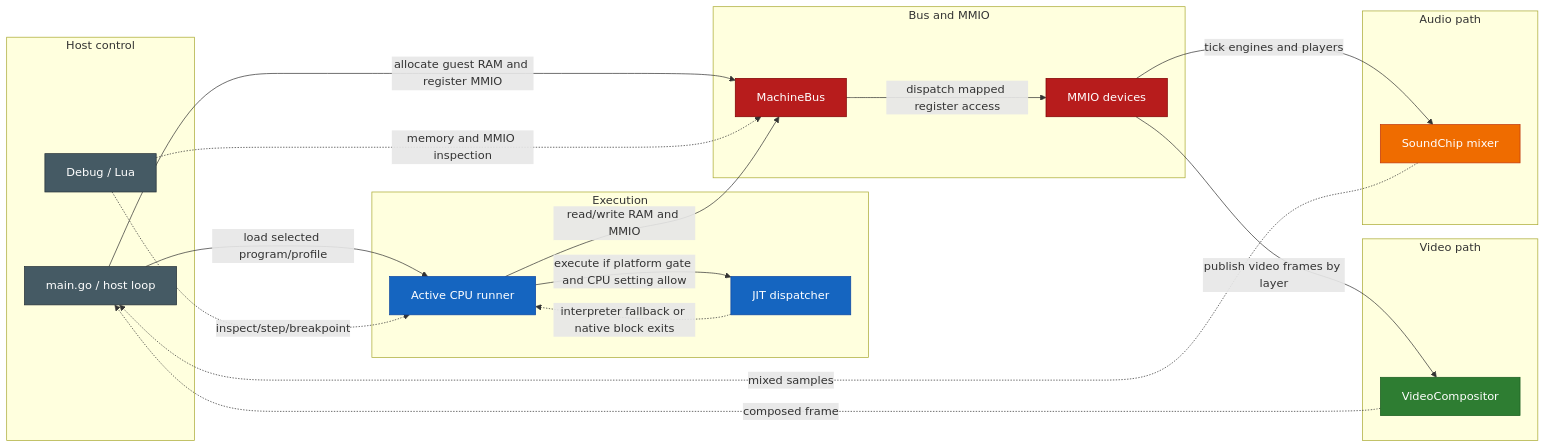
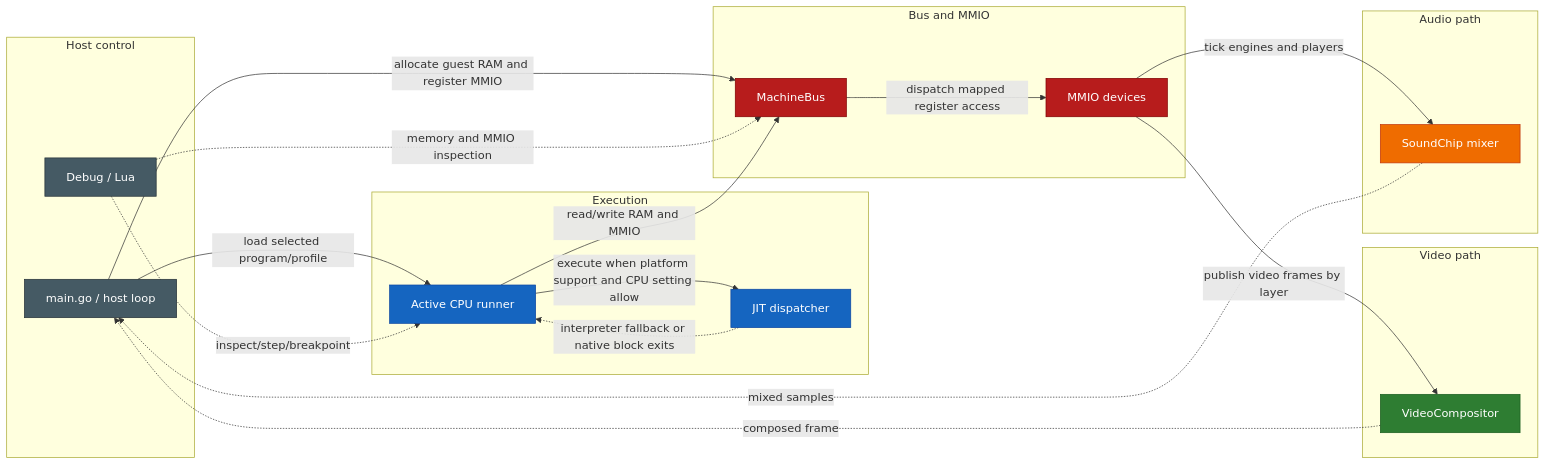
One commit to IntuitionAmiga/IntuitionEngine changed the fourth of 12 diagrams in sdk/docs/architecture.md. Above: the diagram before and after it, drawn with Mermaid. The commit also changed other lines of this file and 217 other files, not shown here.

````diff
--- a/sdk/docs/architecture.md
+++ b/sdk/docs/architecture.md
@@ -413,50 +400,50 @@
 ```mermaid
 flowchart LR
     subgraph HOSTFLOW["Host control"]
         HOSTLOOP["main.go / host loop"]
         DEBUGFLOW["Debug / Lua"]
     end
 
     subgraph EXECFLOW["Execution"]
         CPUFLOW["Active CPU runner"]
         JITFLOW["JIT dispatcher"]
     end
 
     subgraph BUSFLOW["Bus and MMIO"]
         BUSFLOWNODE["MachineBus"]
         DEVFLOW["MMIO devices"]
     end
 
     subgraph VIDEOFLOW["Video path"]
         VIDEOOUT["VideoCompositor"]
     end
 
     subgraph AUDIOFLOW["Audio path"]
         AUDIOOUT["SoundChip mixer"]
     end
 
     HOSTLOOP -->|"allocate guest RAM and register MMIO"| BUSFLOWNODE
     HOSTLOOP -->|"load selected program/profile"| CPUFLOW
-    CPUFLOW -->|"execute if platform gate and CPU setting allow"| JITFLOW
+    CPUFLOW -->|"execute when platform support and CPU setting allow"| JITFLOW
     JITFLOW -. "interpreter fallback or native block exits" .-> CPUFLOW
     CPUFLOW -->|"read/write RAM and MMIO"| BUSFLOWNODE
     BUSFLOWNODE -->|"dispatch mapped register access"| DEVFLOW
     DEVFLOW -->|"publish video frames by layer"| VIDEOOUT
     DEVFLOW -->|"tick engines and players"| AUDIOOUT
     VIDEOOUT -. "composed frame" .-> HOSTLOOP
     AUDIOOUT -. "mixed samples" .-> HOSTLOOP
     DEBUGFLOW -. "inspect/step/breakpoint" .-> CPUFLOW
     DEBUGFLOW -. "memory and MMIO inspection" .-> BUSFLOWNODE
 
     classDef host fill:#455A64,stroke:#263238,color:#fff
     classDef cpu fill:#1565C0,stroke:#0D47A1,color:#fff
     classDef bus fill:#B71C1C,stroke:#7F0000,color:#fff
     classDef video fill:#2E7D32,stroke:#1B5E20,color:#fff
     classDef audio fill:#EF6C00,stroke:#BF360C,color:#fff
 
     class HOSTLOOP,DEBUGFLOW host
     class CPUFLOW,JITFLOW cpu
     class BUSFLOWNODE,DEVFLOW bus
     class VIDEOOUT video
     class AUDIOOUT audio
 ```
````
